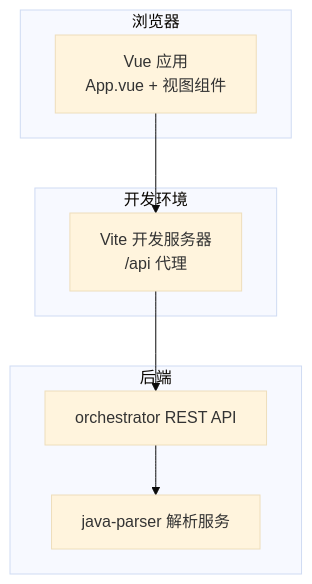
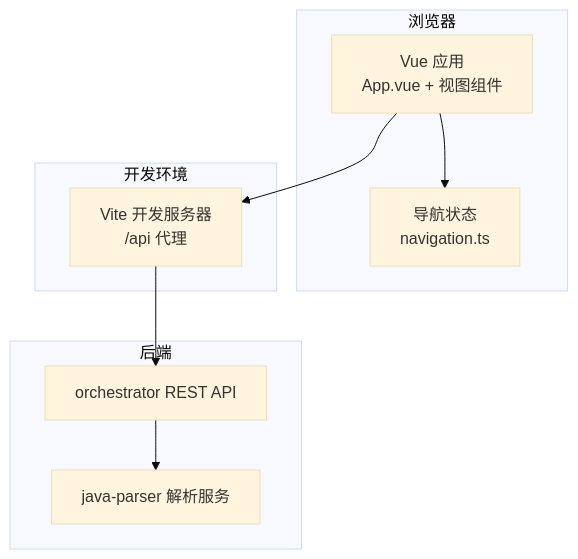
One commit to Joeyzheng001/LLM-AutoTest changed the second of 4 diagrams in .qoder/repowiki/zh/content/核心服务/前端应用.md. Above: the diagram before and after it, drawn with Mermaid (base theme). The commit also changed other lines of this file and 94 other files, not shown here.

````diff
--- a/.qoder/repowiki/zh/content/核心服务/前端应用.md
+++ b/.qoder/repowiki/zh/content/核心服务/前端应用.md
@@ -86,16 +115,18 @@
 ```mermaid
 graph TB
 subgraph "浏览器"
 UI["Vue 应用<br/>App.vue + 视图组件"]
+Nav["导航状态<br/>navigation.ts"]
 end
 subgraph "开发环境"
 Vite["Vite 开发服务器<br/>/api 代理"]
 end
 subgraph "后端"
 Orchestrator["orchestrator REST API"]
 JavaParser["java-parser 解析服务"]
 end
+UI --> Nav
 UI --> Vite
 Vite --> Orchestrator
 Orchestrator --> JavaParser
 ```
````
